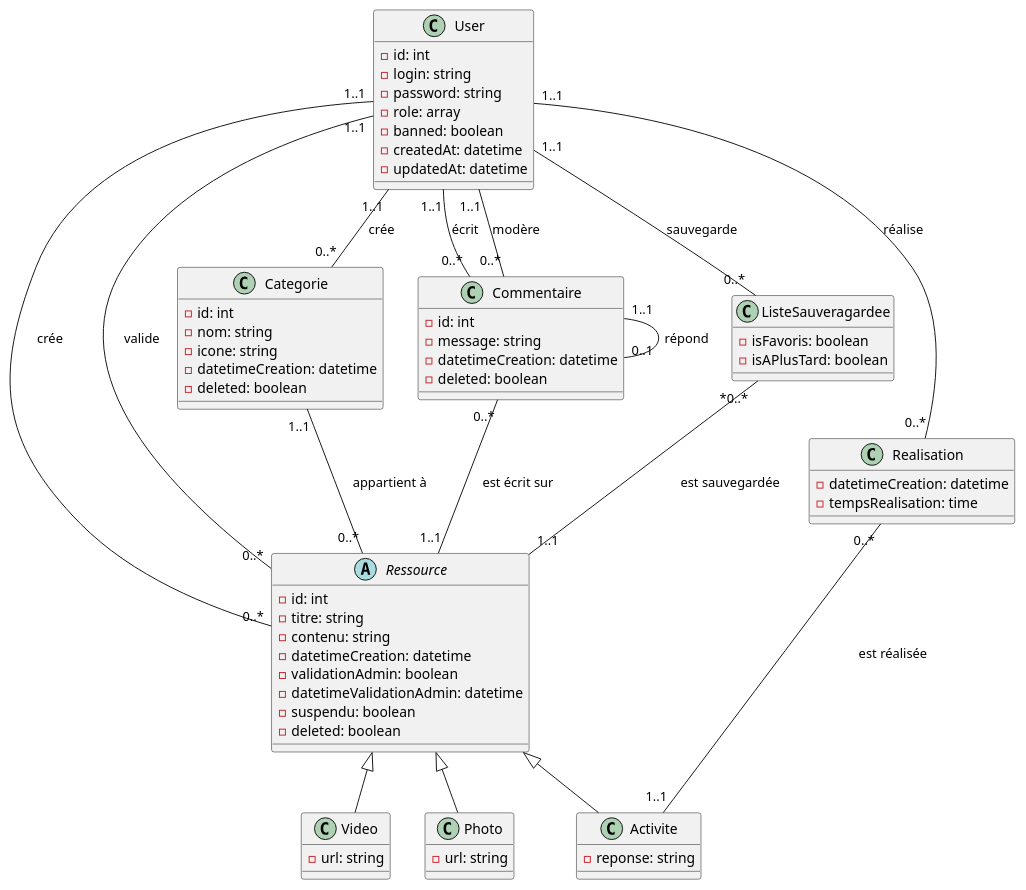
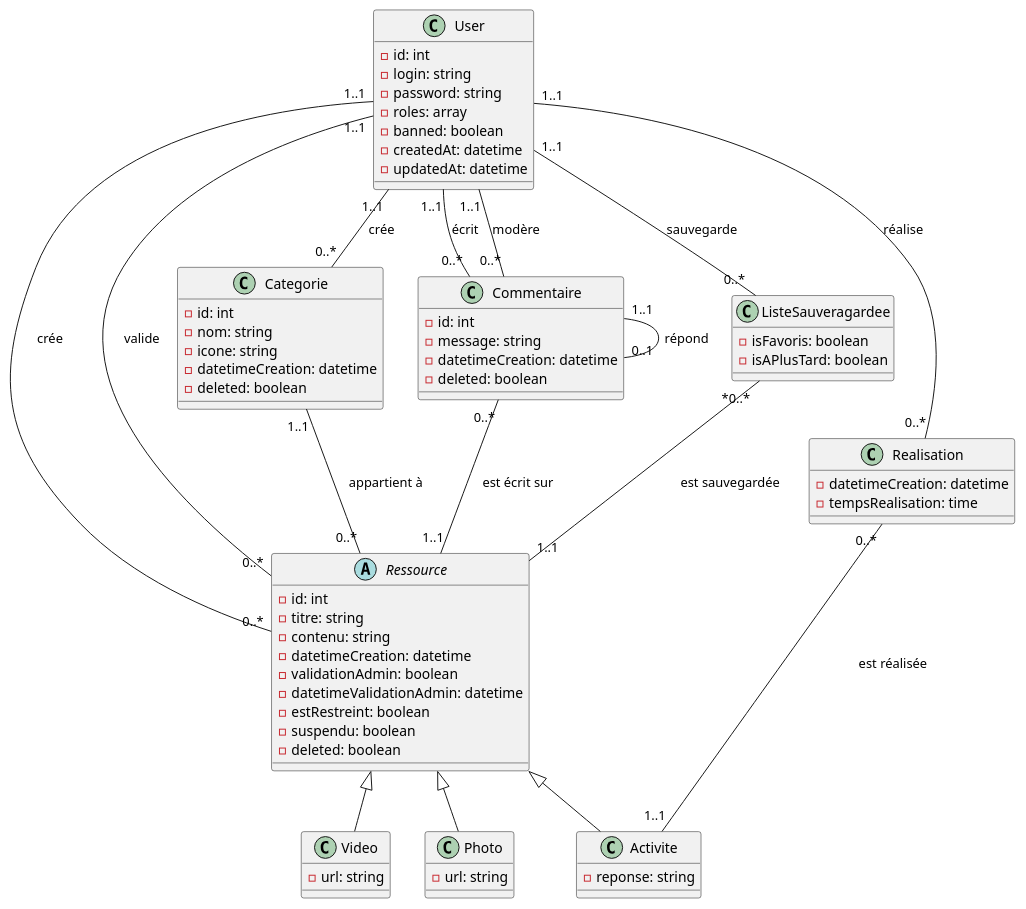
The diagram in docs/diagrams/diagrammeDeClasse.puml (cda1-2024/Ressources-relationnelles), drawn with PlantUML before and after one commit.

Commit message:
Update diagrammeDeClasse.puml / fix typo

```diff
--- a/docs/diagrams/diagrammeDeClasse.puml
+++ b/docs/diagrams/diagrammeDeClasse.puml
@@ -1,122 +1,123 @@
 @startuml diagrammeDeClasse
 
 class User {
     -id: int
     -login: string
     -password: string
-    -role: array
+    -roles: array
     -banned: boolean
     -createdAt: datetime
     -updatedAt: datetime
 }
 
 abstract class Ressource{
     -id: int
     -titre: string
     -contenu: string
     -datetimeCreation: datetime
     -validationAdmin: boolean
     -datetimeValidationAdmin: datetime
+    -estRestreint: boolean
     -suspendu: boolean
     -deleted: boolean
 }
 
 class Video{
     -url: string
 }
 
 class Photo{
     -url: string
 }
 
 class Activite{
     -reponse: string
 }
 
 class Categorie{
     -id: int
     -nom: string
     -icone: string
     -datetimeCreation: datetime
     -deleted: boolean
 }
 
 class Commentaire{
     -id: int
     -message: string
     -datetimeCreation: datetime
     -deleted: boolean
 }
 
 ' class Favoris{
 '     -datetimeCreation: datetime
 ' }
 
 ' class APlusTard{
 '     -datetimeCreation: datetime
 ' }
 
 class ListeSauveragardee{
     - isFavoris: boolean
     - isAPlusTard: boolean
 }
 
 
 class Realisation{
     -datetimeCreation: datetime
     -tempsRealisation: time
 }
 
 
 Ressource <|-- Video
 Ressource <|-- Photo
 Ressource <|-- Activite
 
 ' ' Besoin des Categorie
 ' Categorie "0..*" -- "1..1" User : est crée par
 
 ' ' Besoin des ressources
 ' Ressource "0..*" -- "1..1" Categorie : appartient à
 ' Ressource "0..*" -- "1..1" User : est crée par
 ' Ressource "0..*" -- "1..1" User : est validée par
 
 ' ' Besoin des commentaires
 ' Commentaire "0..*" -- "1..1" User : est écrit par
 ' Commentaire "0..*" -- "1..1" Commentaire : est une réponse à
 ' Commentaire "0..*" -- "1..1" Ressource : est écrit sur
 
 ' ' Besoin des favoris
 ' ' Favoris "0..*" -- "1..1" User : est mit en favoris par
 ' ' Favoris "0..*" -- "1..1" Ressource : est mit en favoris
 
 ' ' Besoin des mit en plus tard
 ' ' APlusTard "0..*" -- "1..1" User : est mit en plus tard par
 ' ' APlusTard "0..*" -- "1..1" Ressource : est mit en plus tard
 
 ' ' Besoin des listes sauvegardées
 ' ListeSauveragardee "0..*" -- "1..1" User : est sauvegardée par
 ' ListeSauveragardee "0..*" -- "1..1" Ressource : est sauvegardée
 
 ' ' Besoin des réalisations
 ' Realisation "0..*" -- "1..1" User : est réalisé par
 ' Realisation "0..*" -- "1..1" Activite : est réalisé
 
 User "1..1" -- "0..*" Commentaire : écrit
 User "1..1" -- "0..*" Commentaire : modère
 User "1..1" -- "0..*" Ressource : crée
 User "1..1" -- "0..*" Ressource : valide
 User "1..1" -- "0..*" ListeSauveragardee : sauvegarde
 User "1..1" -- "0..*" Realisation : réalise
 User "1..1" -- "0..*" Categorie : crée
 
 Commentaire "1..1" -- "0..1" Commentaire : répond
 Commentaire "0..*" -- "1..1" Ressource : est écrit sur
 
 Categorie "1..1" -- "0..*" Ressource : appartient à
 
 ListeSauveragardee "*0..*" -- "1..1" Ressource : est sauvegardée
 
 Realisation "0..*" -- "1..1" Activite : est réalisée
 
 
 @enduml
```
